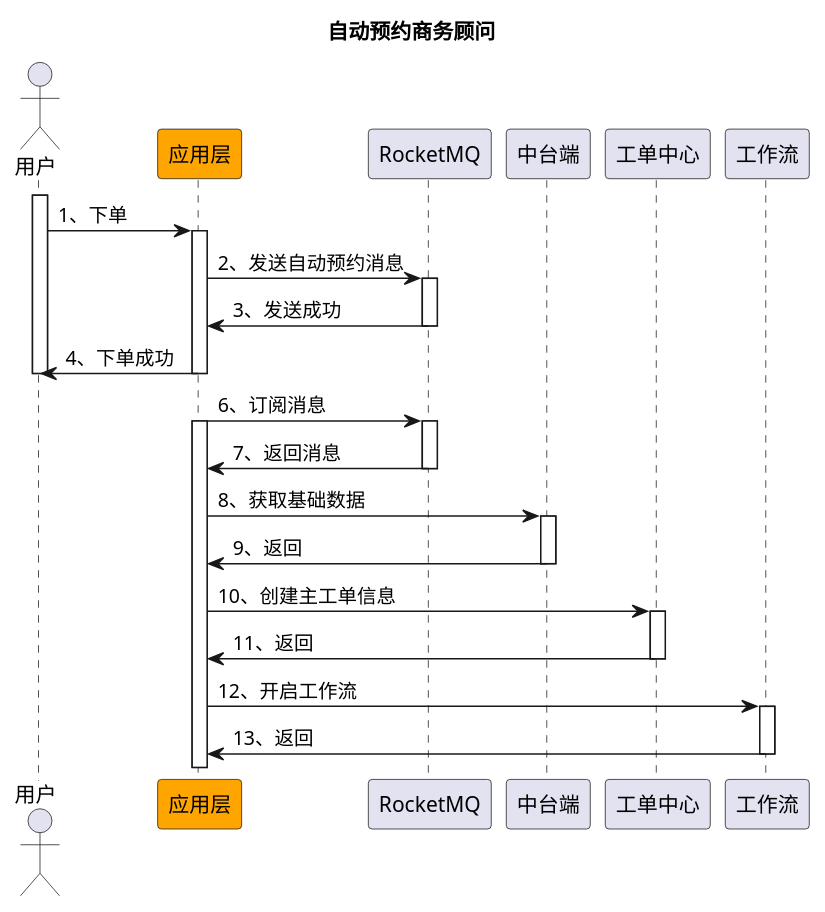
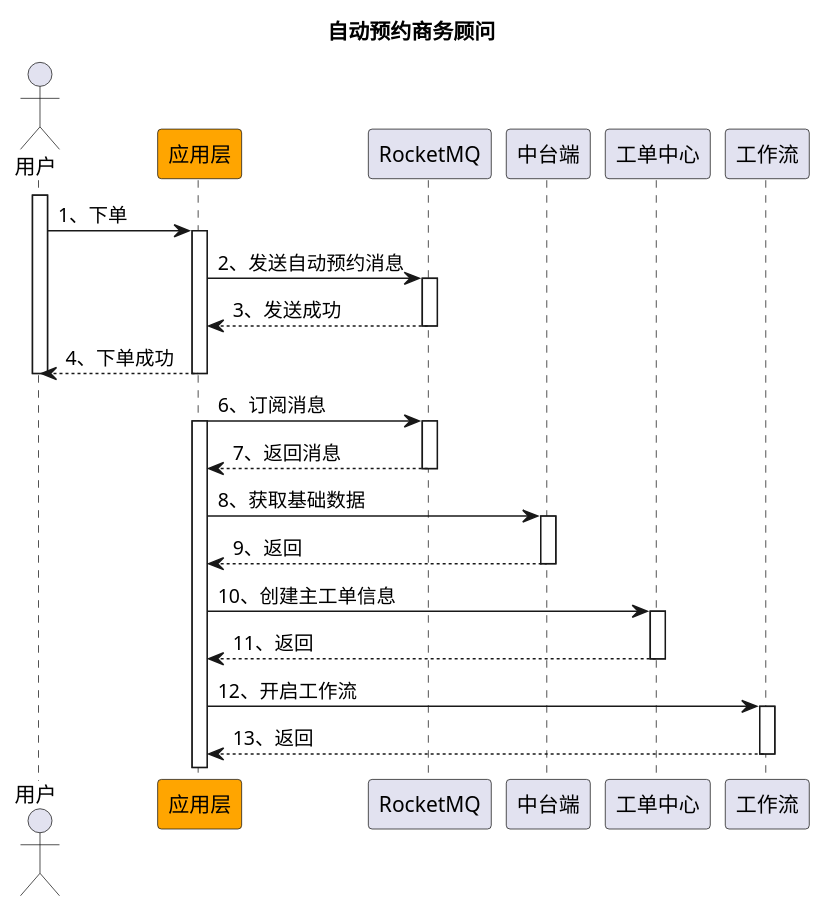
The diagram in refactor/plantuml/2.自动预约商务顾问.wsd (twfx7758/blchina), drawn with PlantUML before and after one commit. The commit also changed 3 other files, not shown here.

```diff
--- a/refactor/plantuml/2.自动预约商务顾问.wsd
+++ b/refactor/plantuml/2.自动预约商务顾问.wsd
@@ -1,52 +1,52 @@
 @startuml
 
 title 自动预约商务顾问
 
 actor "用户" as Customer
 participant "应用层" as AppLayer #orange
 participant "RocketMQ" as Rocket
 participant "中台端" as Center
 participant "工单中心" as WorkOrder
 participant "工作流" as WorkFLow
 
 activate Customer
 
 Customer -> AppLayer: 1、下单
 activate AppLayer
 
 AppLayer ->Rocket: 2、发送自动预约消息
 activate Rocket
 
-Rocket -> AppLayer: 3、发送成功
+Rocket --> AppLayer: 3、发送成功
 deactivate Rocket
 
-AppLayer -> Customer: 4、下单成功
+AppLayer --> Customer: 4、下单成功
 deactivate Customer
 deactivate AppLayer
 
 AppLayer -> Rocket: 6、订阅消息
 activate AppLayer
 activate Rocket
 
-Rocket -> AppLayer: 7、返回消息
+Rocket --> AppLayer: 7、返回消息
 deactivate Rocket
 
 AppLayer -> Center: 8、获取基础数据
 activate Center
 
-Center -> AppLayer: 9、返回
+Center --> AppLayer: 9、返回
 deactivate
 
 AppLayer -> WorkOrder: 10、创建主工单信息
 activate WorkOrder
 
-WorkOrder -> AppLayer: 11、返回
+WorkOrder --> AppLayer: 11、返回
 deactivate WorkOrder
 
 AppLayer -> WorkFLow: 12、开启工作流
 activate WorkFLow
 
-WorkFLow -> AppLayer: 13、返回
+WorkFLow --> AppLayer: 13、返回
 deactivate WorkFLow
 
 @enduml
```
